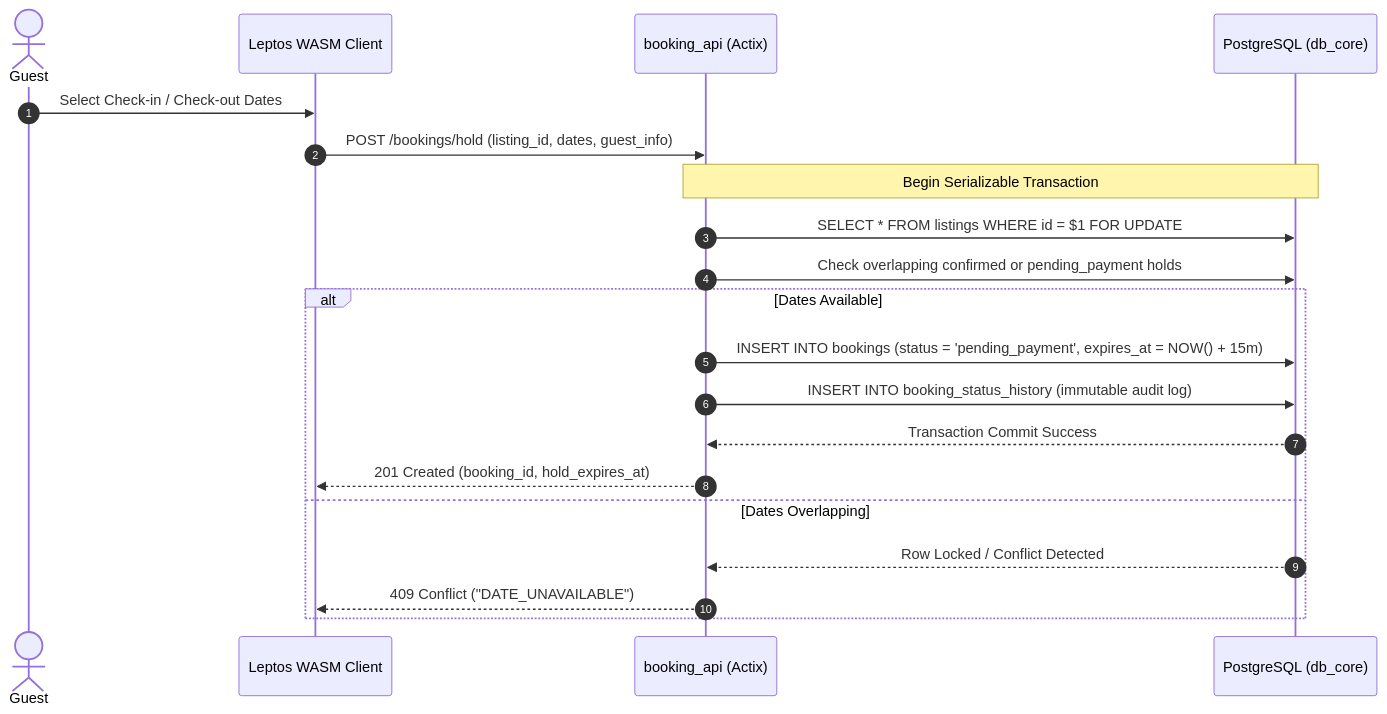
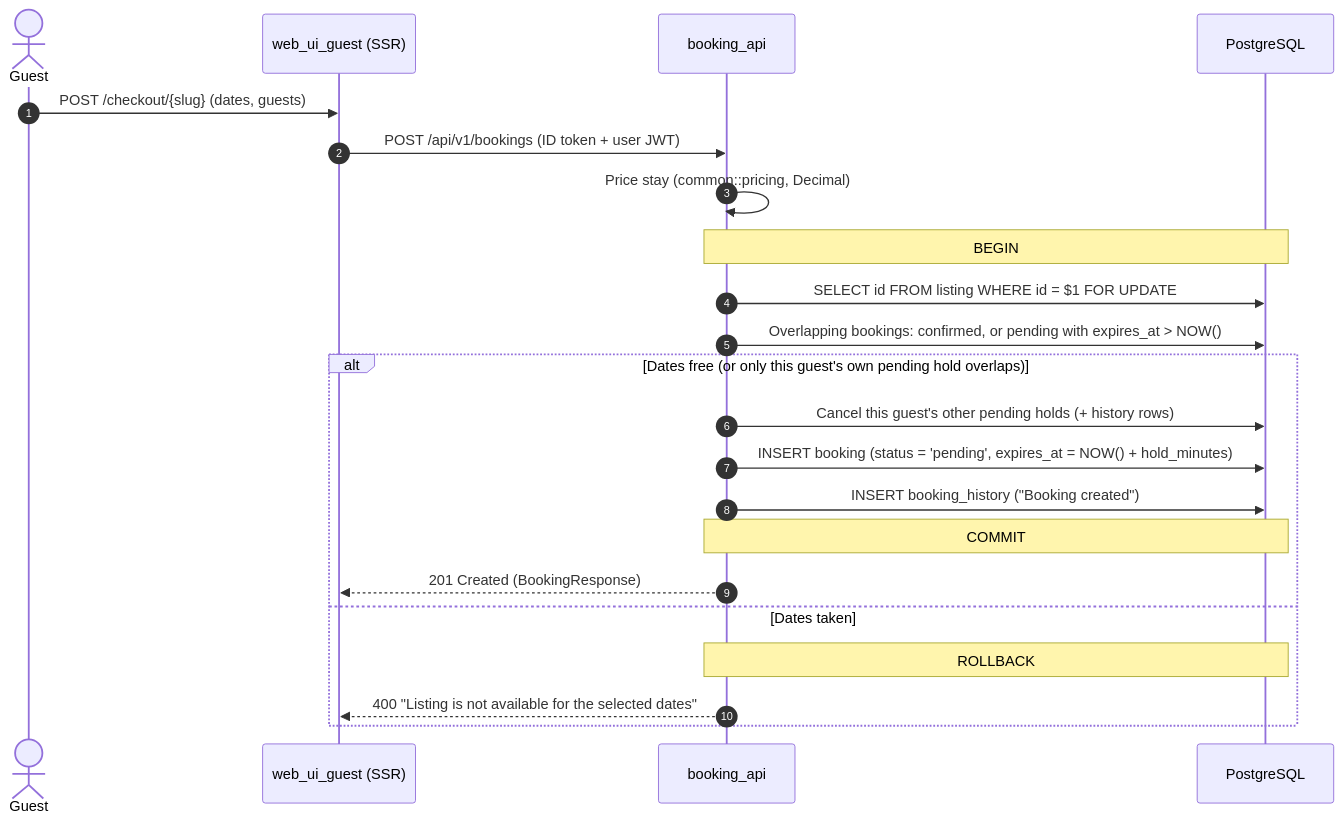
The second of 4 diagrams in docs/ARCHITECTURE.md (pavelbyles/our_places_rs), drawn with Mermaid before and after one commit. The commit also changed other lines of this file and 99 other files, not shown here.

Commit message:
feat: refactor booking api modules and update sqlx query caches

````diff
--- a/docs/ARCHITECTURE.md
+++ b/docs/ARCHITECTURE.md
@@ -90,23 +126,25 @@
 ```mermaid
 sequenceDiagram
     autonumber
     actor Guest
-    participant Client as Leptos WASM Client
-    participant API as booking_api (Actix)
-    participant DB as PostgreSQL (db_core)
+    participant Portal as web_ui_guest (SSR)
+    participant API as booking_api
+    participant DB as PostgreSQL
 
-    Guest->>Client: Select Check-in / Check-out Dates
-    Client->>API: POST /bookings/hold (listing_id, dates, guest_info)
-    Note over API,DB: Begin Serializable Transaction
-    API->>DB: SELECT * FROM listings WHERE id = $1 FOR UPDATE
-    API->>DB: Check overlapping confirmed or pending_payment holds
-    alt Dates Available
-        API->>DB: INSERT INTO bookings (status = 'pending_payment', expires_at = NOW() + 15m)
-        API->>DB: INSERT INTO booking_status_history (immutable audit log)
-        DB-->>API: Transaction Commit Success
-        API-->>Client: 201 Created (booking_id, hold_expires_at)
-    else Dates Overlapping
-        DB-->>API: Row Locked / Conflict Detected
-        API-->>Client: 409 Conflict ("DATE_UNAVAILABLE")
+    Guest->>Portal: POST /checkout/{slug} (dates, guests)
+    Portal->>API: POST /api/v1/bookings (ID token + user JWT)
+    API->>API: Price stay (common::pricing, Decimal)
+    Note over API,DB: BEGIN
+    API->>DB: SELECT id FROM listing WHERE id = $1 FOR UPDATE
+    API->>DB: Overlapping bookings: confirmed, or pending with expires_at > NOW()
+    alt Dates free (or only this guest's own pending hold overlaps)
+        API->>DB: Cancel this guest's other pending holds (+ history rows)
+        API->>DB: INSERT booking (status = 'pending', expires_at = NOW() + hold_minutes)
+        API->>DB: INSERT booking_history ("Booking created")
+        Note over API,DB: COMMIT
+        API-->>Portal: 201 Created (BookingResponse)
+    else Dates taken
+        Note over API,DB: ROLLBACK
+        API-->>Portal: 400 "Listing is not available for the selected dates"
     end
 ```
````
